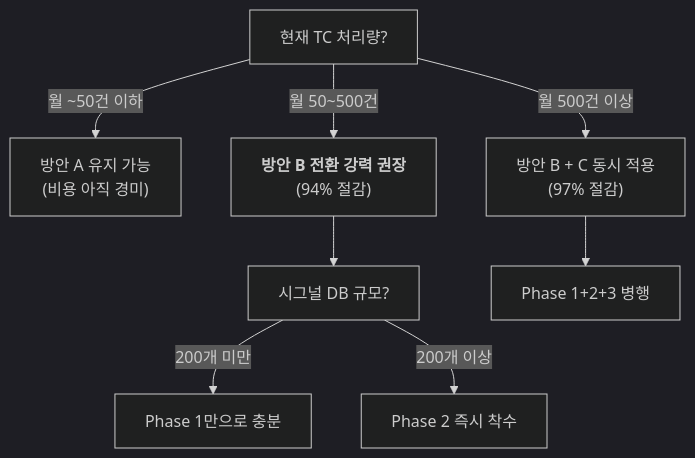
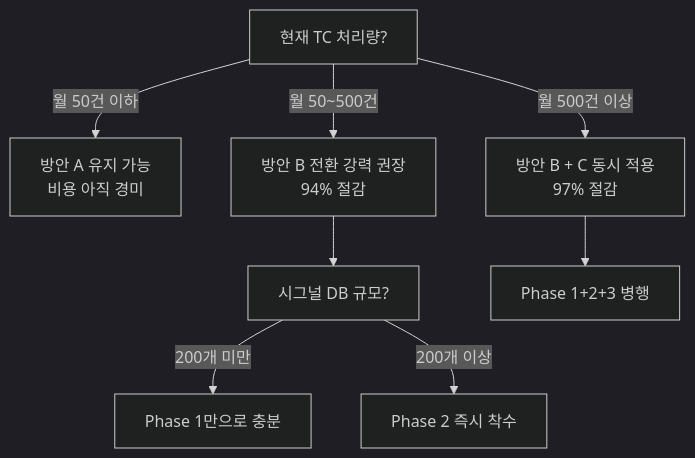
One commit to yuntnwls/testcase-generator changed the second of 2 diagrams in docs/04_contextual_rag_design/rag_cost_optimization_strategy.md. Above: the diagram before and after it, drawn with Mermaid (dark theme). The commit also changed other lines of this file, not shown here.

Commit message:
다이어그램 오류 수정

````diff
--- a/docs/04_contextual_rag_design/rag_cost_optimization_strategy.md
+++ b/docs/04_contextual_rag_design/rag_cost_optimization_strategy.md
@@ -277,12 +274,12 @@
 ```mermaid
 graph TD
-    A["현재 TC 처리량?"] -->|"월 ~50건 이하"| B["방안 A 유지 가능<br/>(비용 아직 경미)"]
-    A -->|"월 50~500건"| C["<b>방안 B 전환 강력 권장</b><br/>(94% 절감)"]
-    A -->|"월 500건 이상"| D["방안 B + C 동시 적용<br/>(97% 절감)"]
-    
+    A["현재 TC 처리량?"] -->|"월 50건 이하"| B["방안 A 유지 가능<br/>비용 아직 경미"]
+    A -->|"월 50~500건"| C["방안 B 전환 강력 권장<br/>94% 절감"]
+    A -->|"월 500건 이상"| D["방안 B + C 동시 적용<br/>97% 절감"]
+
     C --> E["시그널 DB 규모?"]
     E -->|"200개 미만"| F["Phase 1만으로 충분"]
     E -->|"200개 이상"| G["Phase 2 즉시 착수"]
-    
+
     D --> H["Phase 1+2+3 병행"]
 ```
````
